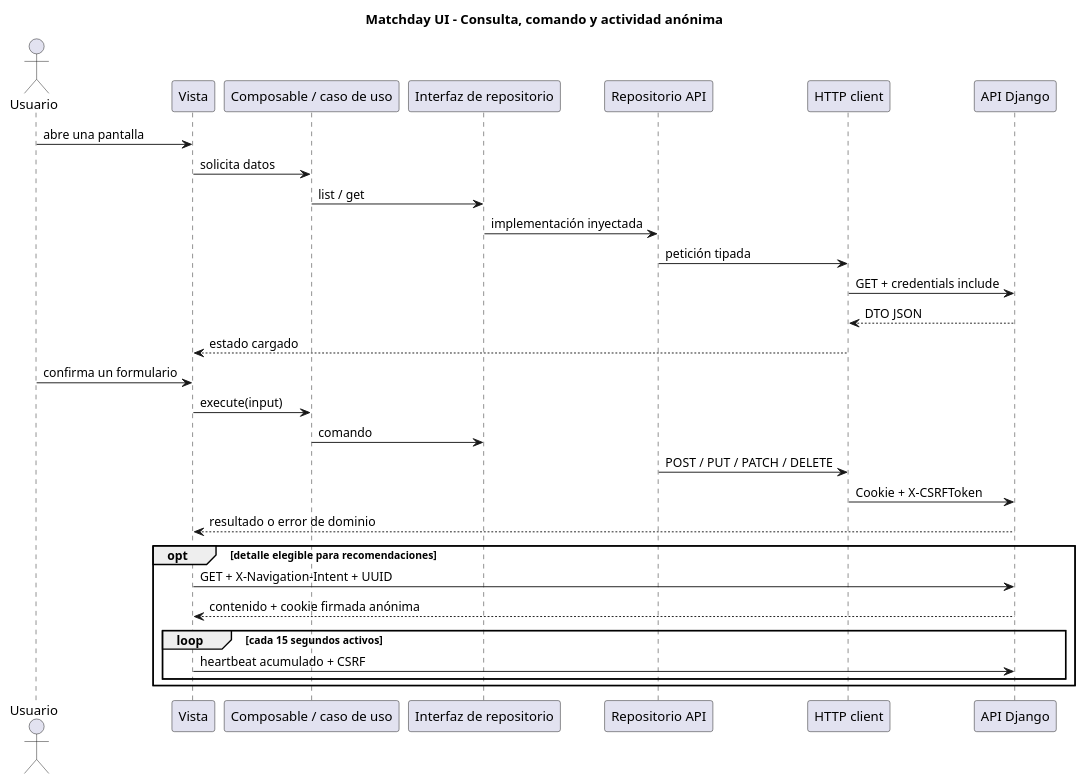
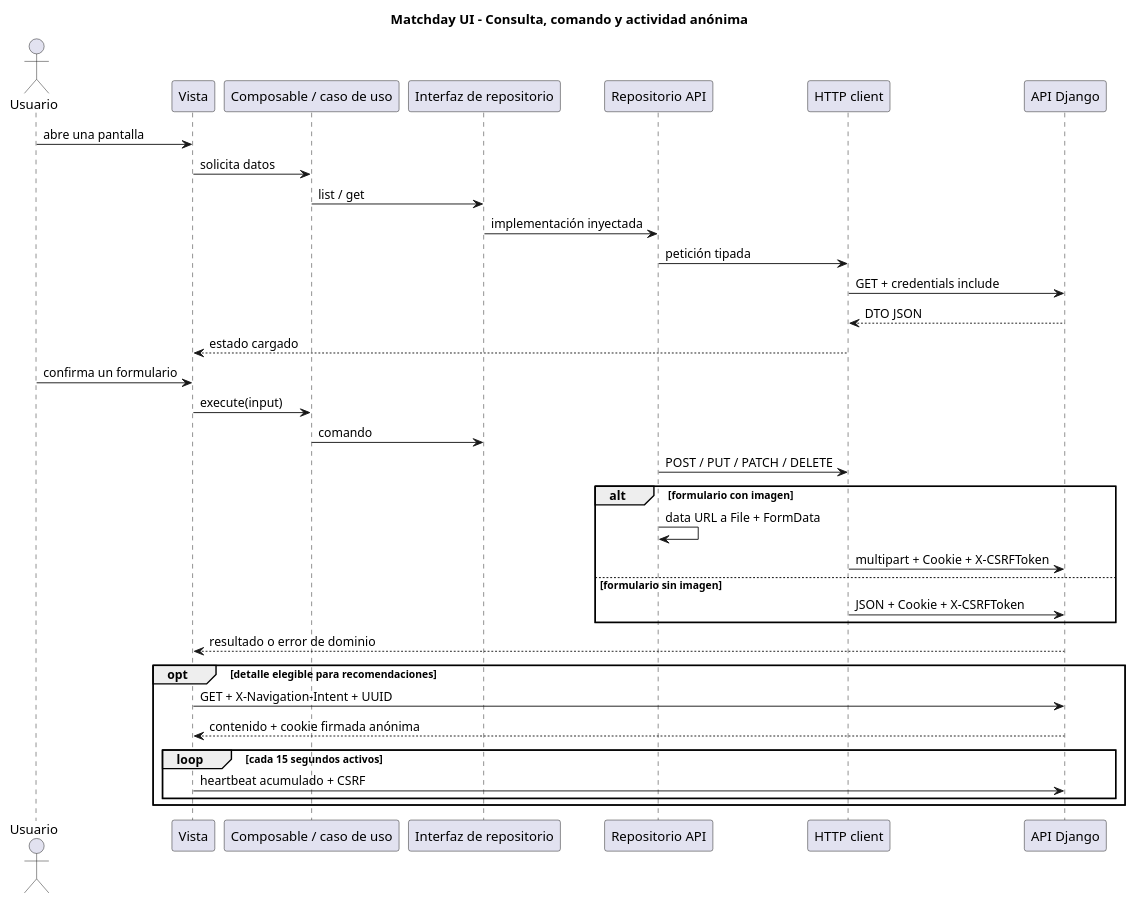
The diagram in docs/diagrams/design/api-flow-sequence.puml (JaredDet/Match-Day-UI), drawn with PlantUML before and after one commit. The commit also changed 10 other files, not shown here.

```diff
--- a/docs/diagrams/design/api-flow-sequence.puml
+++ b/docs/diagrams/design/api-flow-sequence.puml
@@ -1,31 +1,36 @@
 @startuml MatchdayUIApiFlow
 title Matchday UI - Consulta, comando y actividad anónima
 actor Usuario
 participant Vista
 participant "Composable / caso de uso" as Application
 participant "Interfaz de repositorio" as Contract
 participant "Repositorio API" as Repository
 participant "HTTP client" as Http
 participant "API Django" as Api
 Usuario -> Vista: abre una pantalla
 Vista -> Application: solicita datos
 Application -> Contract: list / get
 Contract -> Repository: implementación inyectada
 Repository -> Http: petición tipada
 Http -> Api: GET + credentials include
 Api --> Http: DTO JSON
 Http --> Vista: estado cargado
 Usuario -> Vista: confirma un formulario
 Vista -> Application: execute(input)
 Application -> Contract: comando
 Repository -> Http: POST / PUT / PATCH / DELETE
-Http -> Api: Cookie + X-CSRFToken
+alt formulario con imagen
+  Repository -> Repository: data URL a File + FormData
+  Http -> Api: multipart + Cookie + X-CSRFToken
+else formulario sin imagen
+  Http -> Api: JSON + Cookie + X-CSRFToken
+end
 Api --> Vista: resultado o error de dominio
 opt detalle elegible para recomendaciones
   Vista -> Api: GET + X-Navigation-Intent + UUID
   Api --> Vista: contenido + cookie firmada anónima
   loop cada 15 segundos activos
     Vista -> Api: heartbeat acumulado + CSRF
   end
 end
 @enduml
```
